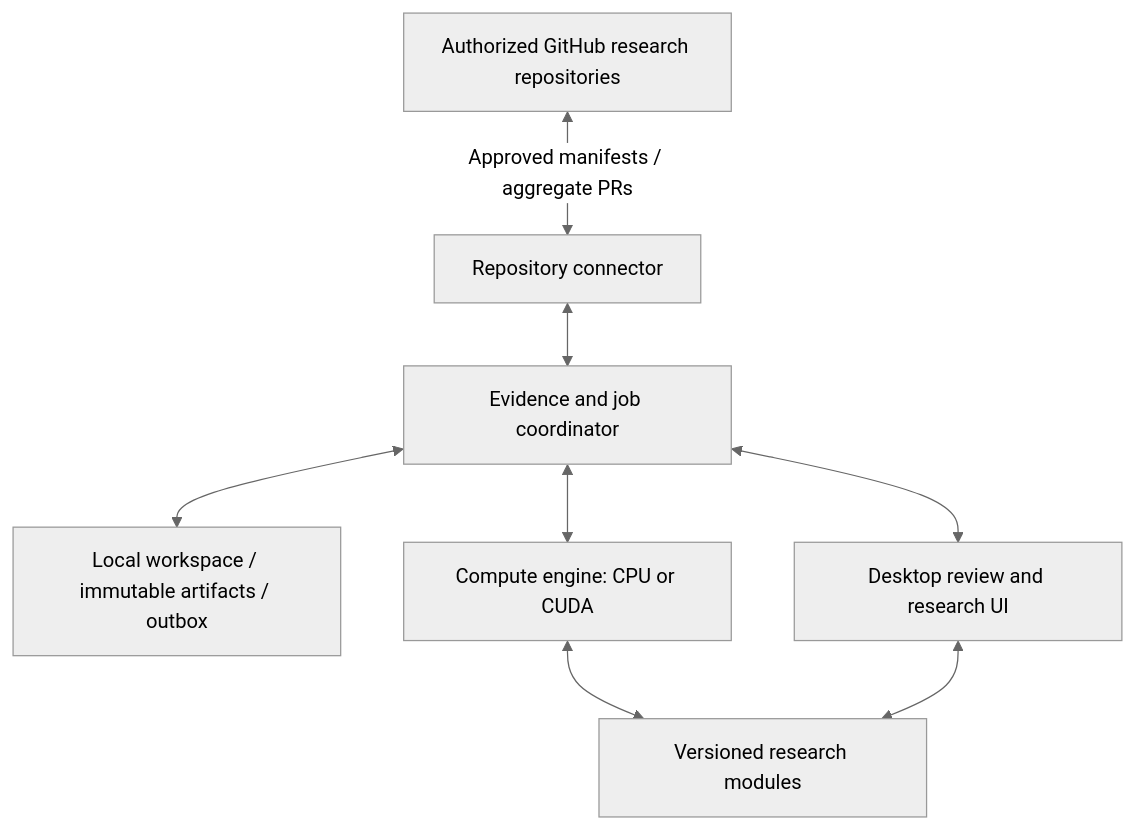
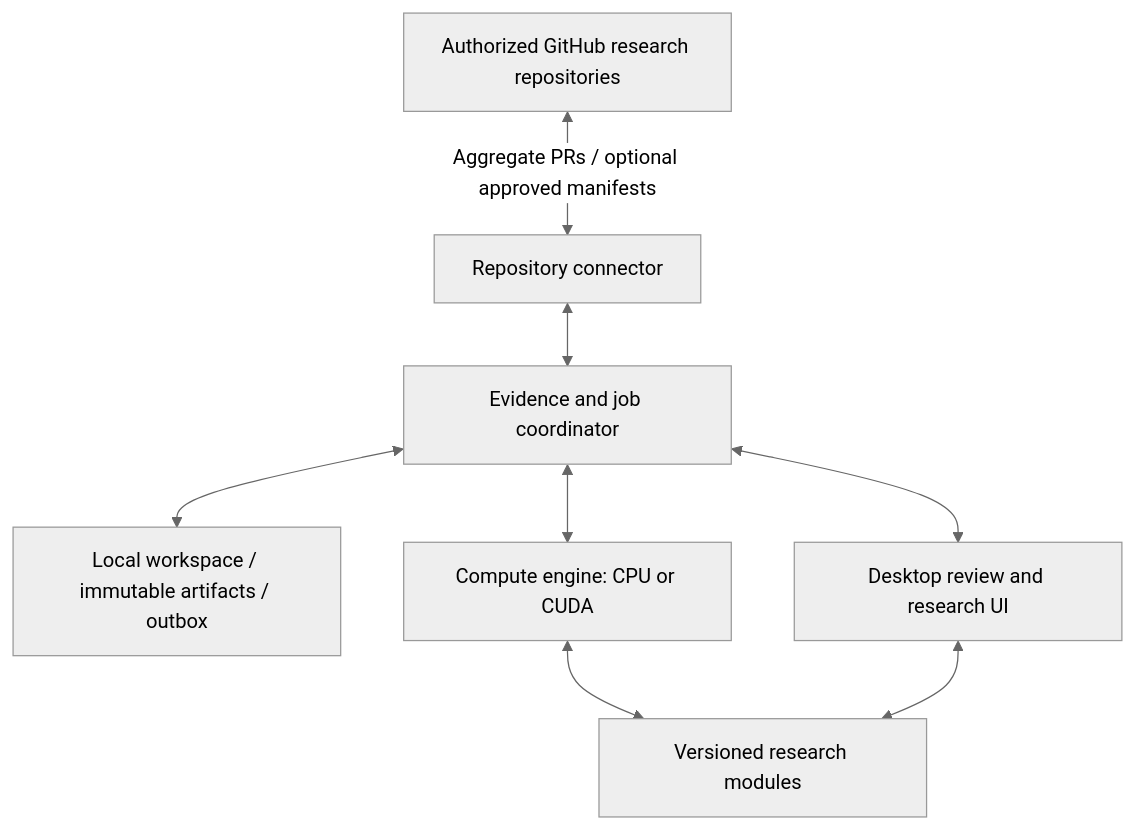
Before and after one commit to DJCyberdog/voynich: the diagram in worker/Roadmap.md, drawn with Mermaid (neutral theme). The commit also changed other lines of this file and 7 other files, not shown here.

````diff
--- a/worker/Roadmap.md
+++ b/worker/Roadmap.md
@@ -44,10 +44,10 @@
 ```mermaid
 flowchart TD
-  G[Authorized GitHub research repositories] <-->|Approved manifests / aggregate PRs| R[Repository connector]
+  G[Authorized GitHub research repositories] <-->|Aggregate PRs / optional approved manifests| R[Repository connector]
   R <--> E[Evidence and job coordinator]
   E <--> S[Local workspace / immutable artifacts / outbox]
   E <--> W[Compute engine: CPU or CUDA]
   E <--> U[Desktop review and research UI]
   W <--> M[Versioned research modules]
   U <--> M
 ```
````
